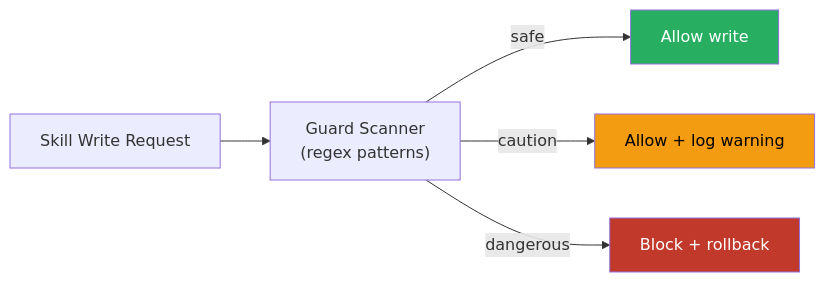
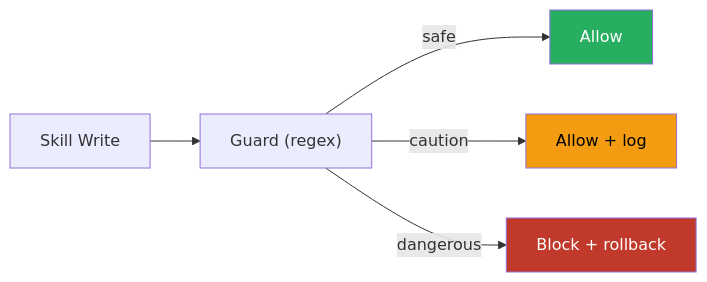
The eighth of 11 diagrams in README.md (NinoCoelho/nexus), drawn with Mermaid before and after one commit. The commit also changed other lines of this file and 1 other file, not shown here.

````diff
--- a/README.md
+++ b/README.md
@@ -508,12 +471,11 @@
 ```mermaid
 graph LR
-    WRITE["Skill Write Request"] --> SCAN["Guard Scanner<br/>(regex patterns)"]
-    
-    SCAN -->|safe| ALLOW["Allow write"]
-    SCAN -->|caution| WARN["Allow + log warning"]
+    WRITE["Skill Write"] --> SCAN["Guard (regex)"]
+    SCAN -->|safe| ALLOW["Allow"]
+    SCAN -->|caution| WARN["Allow + log"]
     SCAN -->|dangerous| BLOCK["Block + rollback"]
-    
+
     style BLOCK fill:#c0392b,color:#fff
     style WARN fill:#f39c12,color:#000
     style ALLOW fill:#27ae60,color:#fff
 ```
````
